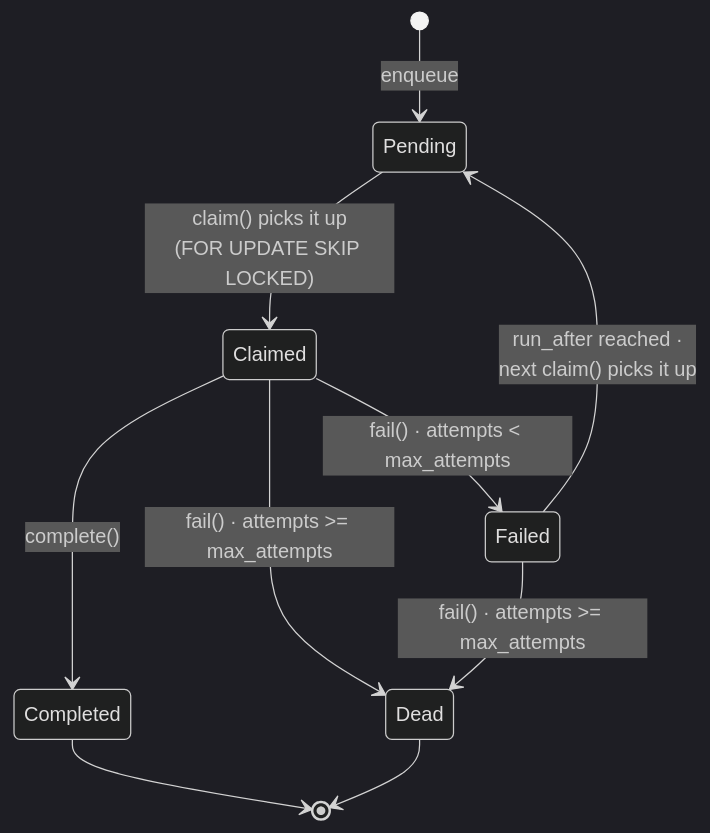
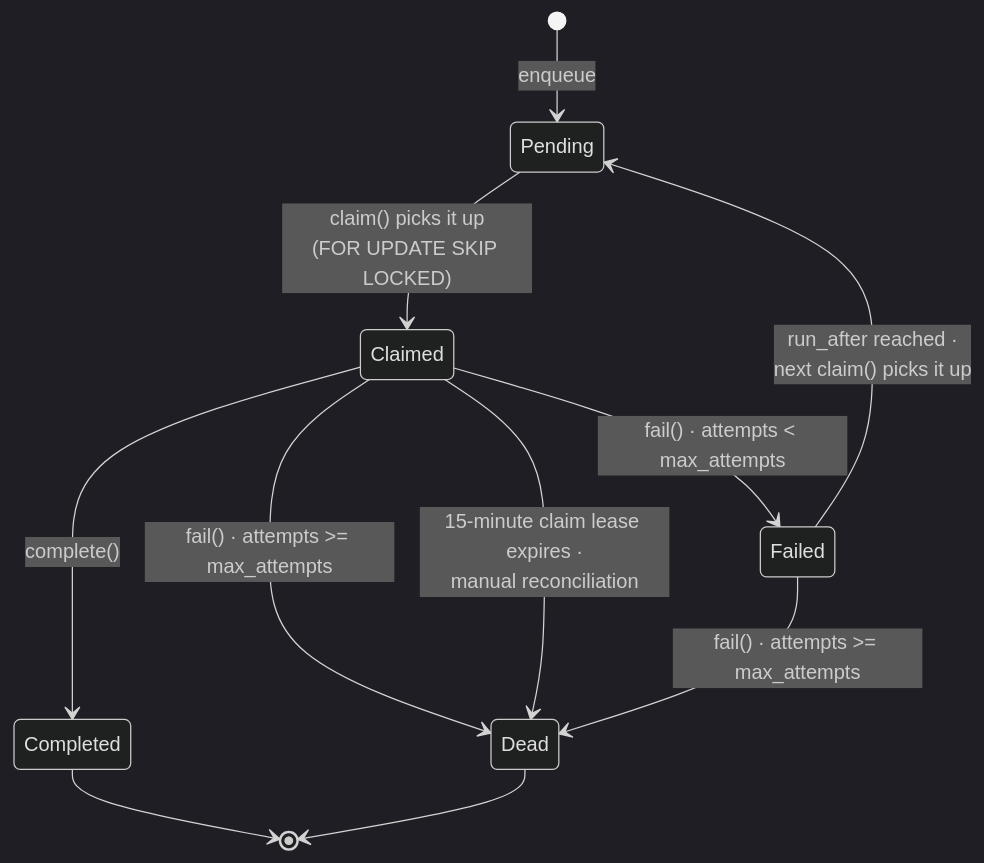
The diagram in docs/reference/jobs.md (Xuefeng-Zhu/InboxPilot), drawn with Mermaid (dark theme) before and after one commit. The commit also changed other lines of this file and 104 other files, not shown here.

````diff
--- a/docs/reference/jobs.md
+++ b/docs/reference/jobs.md
@@ -9,12 +9,13 @@
 ```mermaid
 stateDiagram-v2
   [*] --> Pending: enqueue
   Pending --> Claimed: claim() picks it up<br/>(FOR UPDATE SKIP LOCKED)
   Claimed --> Completed: complete()
   Claimed --> Failed: fail() · attempts < max_attempts
   Failed --> Pending: run_after reached ·<br/>next claim() picks it up
   Claimed --> Dead: fail() · attempts >= max_attempts
+  Claimed --> Dead: 15-minute claim lease expires ·<br/>manual reconciliation
   Failed --> Dead: fail() · attempts >= max_attempts
   Completed --> [*]
   Dead --> [*]
 ```
````
